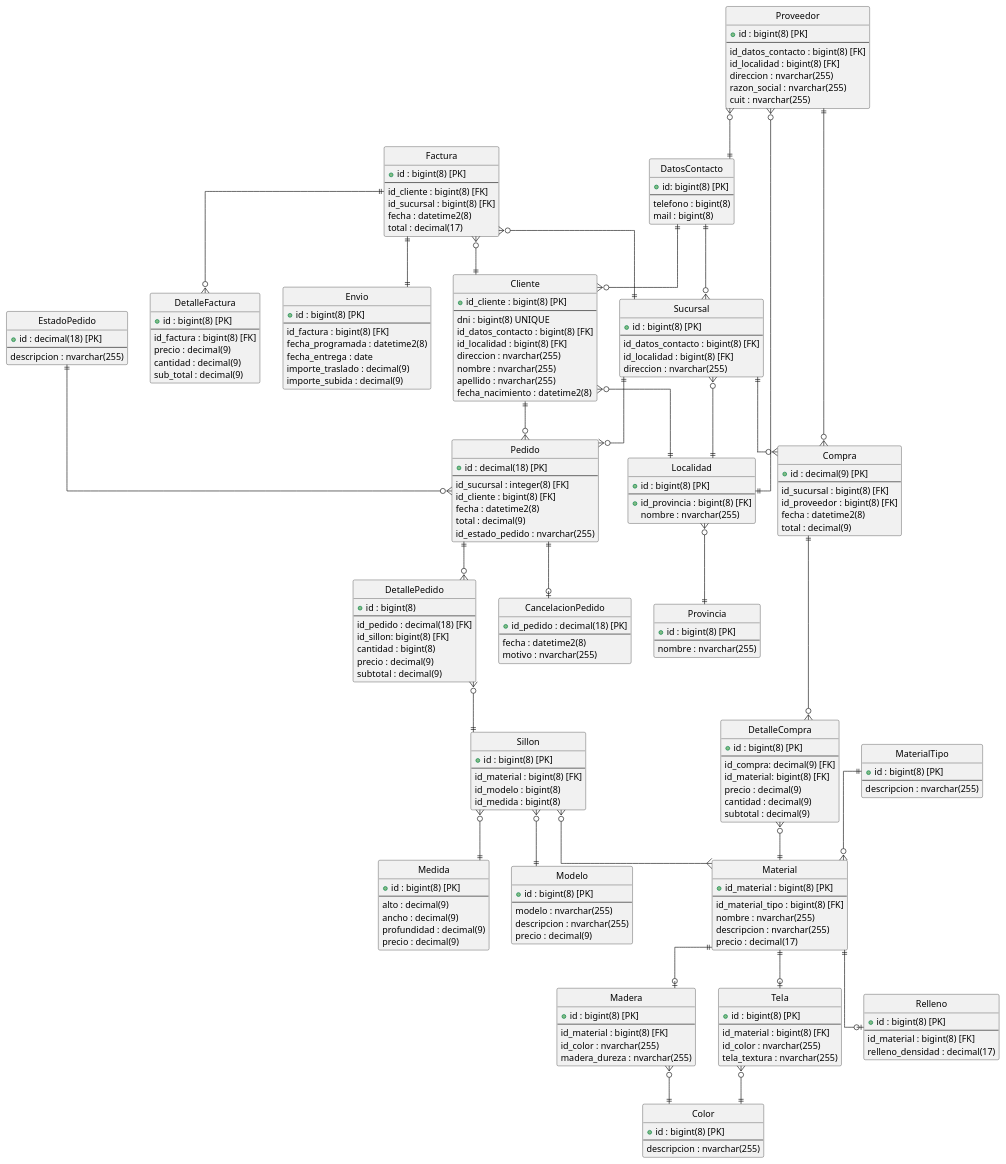
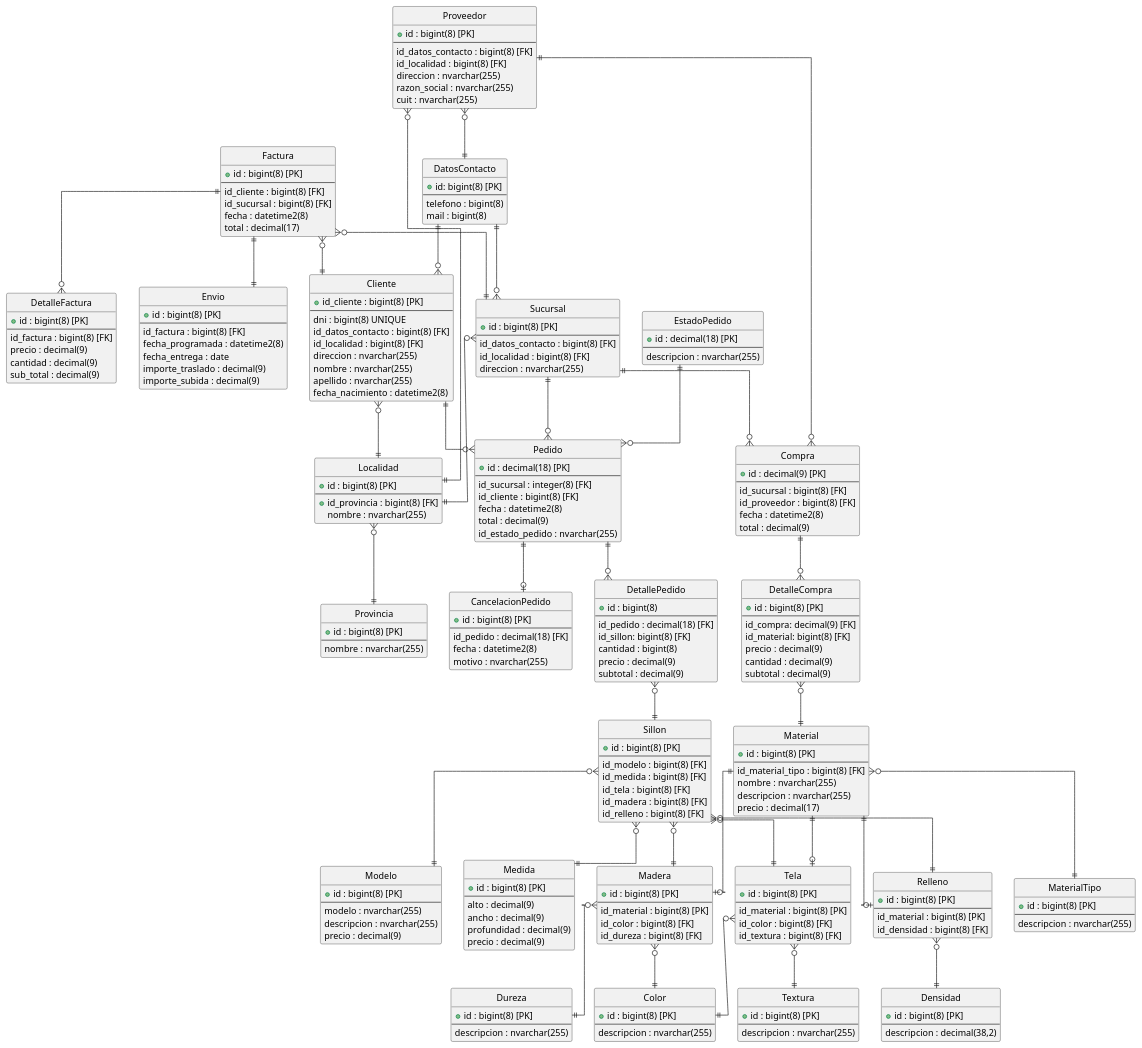
One commit to andrycarrasco/rejunte-sa-91 changed the diagram in der.puml. Above: the diagram before and after it, drawn with PlantUML. The commit also changed 3 other files, not shown here.

Commit message:
se agregan colores, material_tipo, densidad, textura, dureza

```diff
--- a/der.puml
+++ b/der.puml
@@ -18,6 +18,24 @@
   + id : decimal(18) [PK]
   --
   descripcion : nvarchar(255)
+}
+
+entity "DetallePedido" {
+  + id : bigint(8)
+  --
+  id_pedido : decimal(18) [FK]
+  id_sillon: bigint(8) [FK]
+  cantidad : bigint(8)
+  precio : decimal(9)
+  subtotal : decimal(9)
+}
+
+entity "CancelacionPedido" {
+  + id : bigint(8) [PK]
+  --
+  id_pedido : decimal(18) [FK]
+  fecha : datetime2(8)
+  motivo : nvarchar(255)
 }
 
 entity "Sucursal" {
@@ -60,6 +78,16 @@
   nombre : nvarchar(255)
 }
 
+entity "Proveedor" {
+  + id : bigint(8) [PK]
+  --
+  id_datos_contacto : bigint(8) [FK]
+  id_localidad : bigint(8) [FK]
+  direccion : nvarchar(255)
+  razon_social : nvarchar(255)
+  cuit : nvarchar(255)
+}
+
 ' Entidades de transacción
 entity "Factura" {
   + id : bigint(8) [PK]
@@ -70,89 +98,6 @@
   total : decimal(17)
 }
 
-entity "Envio" {
-  + id : bigint(8) [PK]
-  --
-  id_factura : bigint(8) [FK]
-  fecha_programada : datetime2(8)
-  fecha_entrega : date
-  importe_traslado : decimal(9)
-  importe_subida : decimal(9)
-}
-
-' Entidades de productos
-entity "Sillon" {
-  + id : bigint(8) [PK]
-  --
-  id_material : bigint(8) [FK]
-  id_modelo : bigint(8)
-  id_medida : bigint(8)
-}
-
-entity "Modelo" {
-  + id : bigint(8) [PK]
-  --
-  modelo : nvarchar(255)
-  descripcion : nvarchar(255)
-  precio : decimal(9)
-}
-
-entity "Medida" {
-  + id : bigint(8) [PK]
-  --
-  alto : decimal(9)
-  ancho : decimal(9)
-  profundidad : decimal(9)
-  precio : decimal(9)
-}
-
-' Entidades de materiales
-entity "Material" {
-  + id_material : bigint(8) [PK]
-  --
-  id_material_tipo : bigint(8) [FK]
-  nombre : nvarchar(255)
-  descripcion : nvarchar(255)
-  precio : decimal(17)
-}
-
-entity "MaterialTipo" {
-  + id : bigint(8) [PK]
-  --
-  descripcion : nvarchar(255)
-}
-
-entity "Color" {
-  + id : bigint(8) [PK]
-  --
-  descripcion : nvarchar(255)
-}
-
-entity "Tela" {
-  + id : bigint(8) [PK]
-  --
-  id_material : bigint(8) [FK]
-  id_color : nvarchar(255)
-  tela_textura : nvarchar(255)
-}
-
-entity "Relleno" {
-  + id : bigint(8) [PK]
-  --
-  id_material : bigint(8) [FK]
-  relleno_densidad : decimal(17)
-}
-
-entity "Madera" {
-  + id : bigint(8) [PK]
-  --
-  id_material : bigint(8) [FK]
-  id_color : nvarchar(255)
-  madera_dureza : nvarchar(255)
-}
-
-
-' Entidades de compras
 entity "Compra" {
   + id : decimal(9) [PK]
   --
@@ -160,26 +105,6 @@
   id_proveedor : bigint(8) [FK]
   fecha : datetime2(8)
   total : decimal(9)
-}
-
-entity "Proveedor" {
-  + id : bigint(8) [PK]
-  --
-  id_datos_contacto : bigint(8) [FK]
-  id_localidad : bigint(8) [FK]
-  direccion : nvarchar(255)
-  razon_social : nvarchar(255)
-  cuit : nvarchar(255)
-}
-
-entity "DetallePedido" {
-  + id : bigint(8)
-  --
-  id_pedido : decimal(18) [FK]
-  id_sillon: bigint(8) [FK]
-  cantidad : bigint(8)
-  precio : decimal(9)
-  subtotal : decimal(9)
 }
 
 entity "DetalleFactura" {
@@ -201,11 +126,105 @@
   subtotal : decimal(9)
 }
 
-entity "CancelacionPedido" {
-  + id_pedido : decimal(18) [PK]
+entity "Envio" {
+  + id : bigint(8) [PK]
   --
-  fecha : datetime2(8)
-  motivo : nvarchar(255)
+  id_factura : bigint(8) [FK]
+  fecha_programada : datetime2(8)
+  fecha_entrega : date
+  importe_traslado : decimal(9)
+  importe_subida : decimal(9)
+}
+
+' Entidades de productos
+entity "Sillon" {
+  + id : bigint(8) [PK]
+  --
+  id_modelo : bigint(8) [FK]
+  id_medida : bigint(8) [FK]
+  id_tela : bigint(8) [FK]
+  id_madera : bigint(8) [FK]
+  id_relleno : bigint(8) [FK]
+}
+
+entity "Relleno" {
+  + id : bigint(8) [PK]
+  --
+  id_material : bigint(8) [PK]
+  id_densidad : bigint(8) [FK]
+}
+
+entity "Densidad" {
+  + id : bigint(8) [PK]
+  --
+  descripcion : decimal(38,2)
+}
+
+entity "Modelo" {
+  + id : bigint(8) [PK]
+  --
+  modelo : nvarchar(255)
+  descripcion : nvarchar(255)
+  precio : decimal(9)
+}
+
+entity "Medida" {
+  + id : bigint(8) [PK]
+  --
+  alto : decimal(9)
+  ancho : decimal(9)
+  profundidad : decimal(9)
+  precio : decimal(9)
+}
+
+' Entidades de materiales
+entity "Tela" {
+  + id : bigint(8) [PK]
+  --
+  id_material : bigint(8) [PK]
+  id_color : bigint(8) [FK]
+  id_textura : bigint(8) [FK]
+}
+
+entity "Textura" {
+  + id : bigint(8) [PK]
+  --
+  descripcion : nvarchar(255)
+}
+
+entity "Madera" {
+  + id : bigint(8) [PK]
+  --
+  id_material : bigint(8) [PK]
+  id_color : bigint(8) [FK]
+  id_dureza : bigint(8) [FK]
+}
+
+entity "Dureza" {
+  + id : bigint(8) [PK]
+  --
+  descripcion : nvarchar(255)
+}
+
+entity "MaterialTipo" {
+  + id : bigint(8) [PK]
+  --
+  descripcion : nvarchar(255)
+}
+
+entity "Material" {
+  + id : bigint(8) [PK]
+  --
+  id_material_tipo : bigint(8) [FK]
+  nombre : nvarchar(255)
+  descripcion : nvarchar(255)
+  precio : decimal(17)
+}
+
+entity "Color" {
+  + id : bigint(8) [PK]
+  --
+  descripcion : nvarchar(255)
 }
 
 
@@ -215,41 +234,46 @@
 Sucursal ||--o{ Compra 
 Proveedor ||--o{ Compra 
 Pedido ||--o| CancelacionPedido
-Proveedor}o--||DatosContacto
+Proveedor }o--|| DatosContacto
 
-Cliente}o--||Localidad
-Sucursal}o--||Localidad
-Proveedor}o--||Localidad
-Localidad}o--||Provincia
+Cliente }o--|| Localidad
+Sucursal }o--|| Localidad
+Proveedor }o--|| Localidad
+Localidad }o--|| Provincia
 
-DetallePedido}o--||Sillon
+DetallePedido }o--|| Sillon
 Pedido ||--o{ DetallePedido 
 Factura ||--o{ DetalleFactura 
 Factura ||--|| Envio 
 Compra ||--o{ DetalleCompra 
 
-' Relaciones de materiales
-Material||--o|Relleno
-Material||--o|Madera
-Material||--o|Tela
-
-
-Madera}o--||Color
-Tela}o--||Color
-
-MaterialTipo||--o{Material
+Madera }o--|| Color
+Tela }o--|| Color
 
 Sillon }o--|| Modelo 
 Sillon }o--|| Medida
-Sillon }o--{ Material
-Factura}o--||Cliente
-Factura}o--||Sucursal
+Sillon }o--|| Tela
+Sillon }o--|| Madera
+Sillon }o--|| Relleno
+
+' Relaciones de materiales
+Material }o--|| MaterialTipo
+
+Material ||--o| Relleno
+Material ||--o| Madera
+Material ||--o| Tela
+
+Madera }o--|| Dureza
+Relleno }o--|| Densidad
+Tela }o--|| Textura
+
+Factura }o--|| Cliente
+Factura }o--|| Sucursal
 
 ' Relaciones de datos personales
 DatosContacto ||--o{ Sucursal 
 DatosContacto ||--o{ Cliente 
-DetalleCompra}o--||Material
-' DetallePedido||--||DetalleFactura
+DetalleCompra }o--|| Material
 EstadoPedido ||--o{ Pedido
 
 @enduml
```
